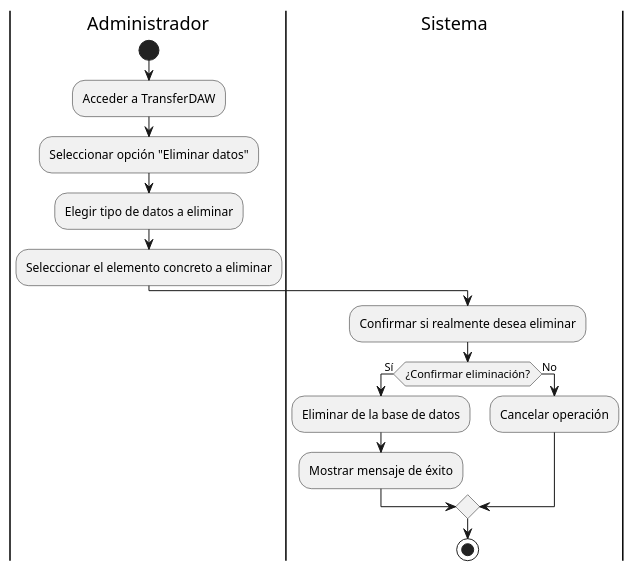
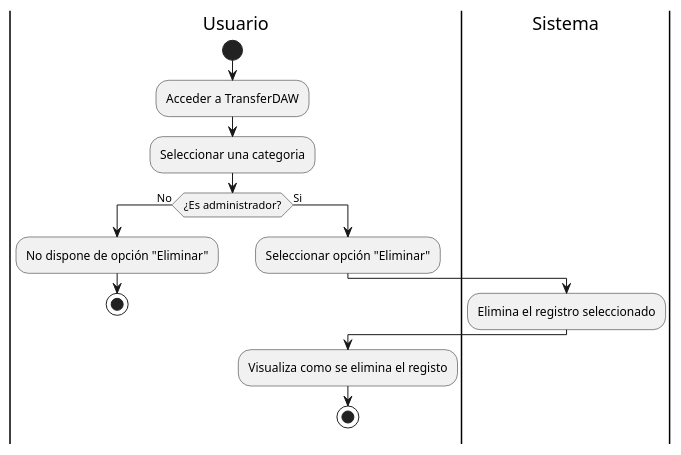
One commit to IR-Play88/TransferDAW changed the fifth of 5 diagrams in trasnferdaw/design/diagramas/diagrama_de_actividad/diagrama_actividad.pu. Above: the diagram before and after it, drawn with PlantUML. The commit also changed other lines of this file and 180 other files, not shown here.

```diff
--- a/trasnferdaw/design/diagramas/diagrama_de_actividad/diagrama_actividad.pu
+++ b/trasnferdaw/design/diagramas/diagrama_de_actividad/diagrama_actividad.pu
@@ -83,21 +90,19 @@
 @startuml Eliminar información
-|Administrador|
+|Usuario|
 start
 
 :Acceder a TransferDAW;
-:Seleccionar opción "Eliminar datos";
-:Elegir tipo de datos a eliminar;
-:Seleccionar el elemento concreto a eliminar;
+:Seleccionar una categoria;
 
-|Sistema|
-:Confirmar si realmente desea eliminar;
+if (¿Es administrador?) then (No)
+    :No dispone de opción "Eliminar";
+    stop
+else (Si)
+:Seleccionar opción "Eliminar";
+    |Sistema|
+:Elimina el registro seleccionado;
 
-if (¿Confirmar eliminación?) then (Sí)
-    :Eliminar de la base de datos;
-    :Mostrar mensaje de éxito;
-else (No)
-    :Cancelar operación;
-endif
-
+|Usuario|
+:Visualiza como se elimina el registo;
 stop
 @enduml
```
